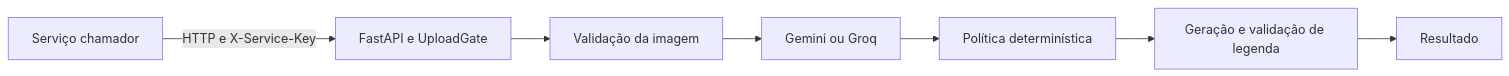
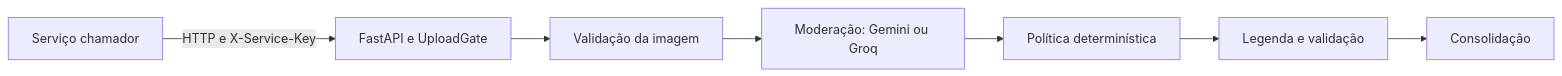
Before and after one commit to Solierrr/ai-accessibility: the diagram in docs/ARCHITECTURE.md, drawn with Mermaid. The commit also changed other lines of this file and 66 other files, not shown here.

````diff
--- a/docs/ARCHITECTURE.md
+++ b/docs/ARCHITECTURE.md
@@ -9,9 +9,9 @@
 ```mermaid
 flowchart LR
  C[Serviço chamador] -->|HTTP e X-Service-Key| A[FastAPI e UploadGate]
  A --> V[Validação da imagem]
- V --> P[Gemini ou Groq]
- P --> D[Política determinística]
- D --> L[Geração e validação de legenda]
- L --> R[Resultado]
+ V --> M[Moderação: Gemini ou Groq]
+ M --> D[Política determinística]
+ D --> L[Legenda e validação]
+ L --> R[Consolidação]
 ```
````
